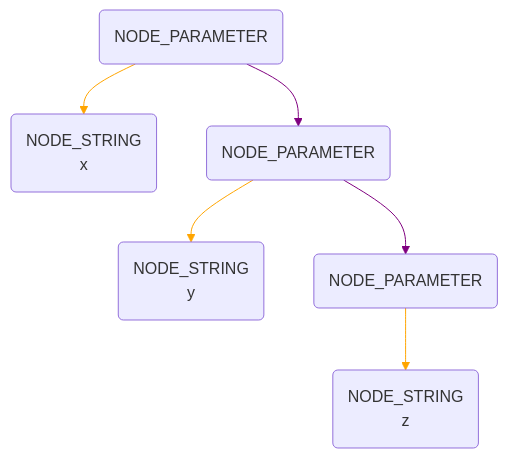
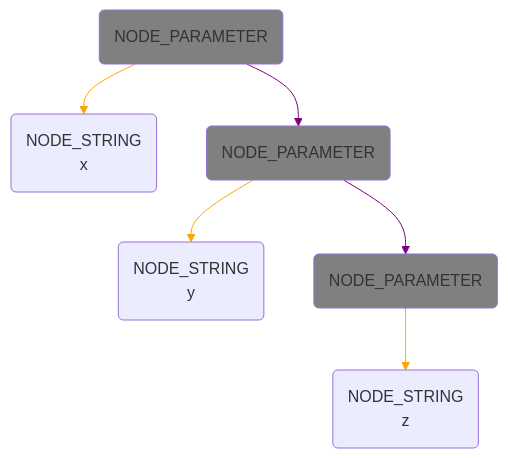
One commit to RobinHsieh/Compiler_in_C changed the fifth of 8 diagrams in FinalProject/README.md. Above: the diagram before and after it, drawn with Mermaid. The commit also changed other lines of this file, not shown here.

````diff
--- a/FinalProject/README.md
+++ b/FinalProject/README.md
@@ -191,11 +195,13 @@
 ```mermaid
 graph TB
 19(NODE_PARAMETER) --> 2(NODE_STRING\nx)
 19 --> 119(NODE_PARAMETER)
 119 --> 102(NODE_STRING\ny)
 119 --> 219(NODE_PARAMETER)
 219 --> 202(NODE_STRING\nz)
 
 linkStyle 0,2,4 stroke:orange;
 linkStyle 1,3 stroke:purple;
+classDef gray fill:gray;
+class 19,119,219 gray;
 ```
````
